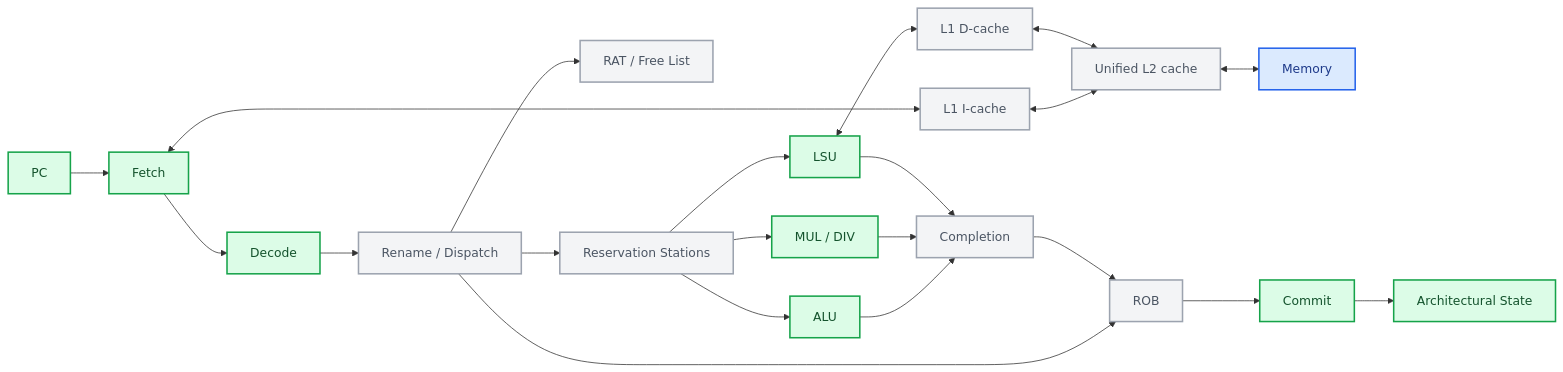
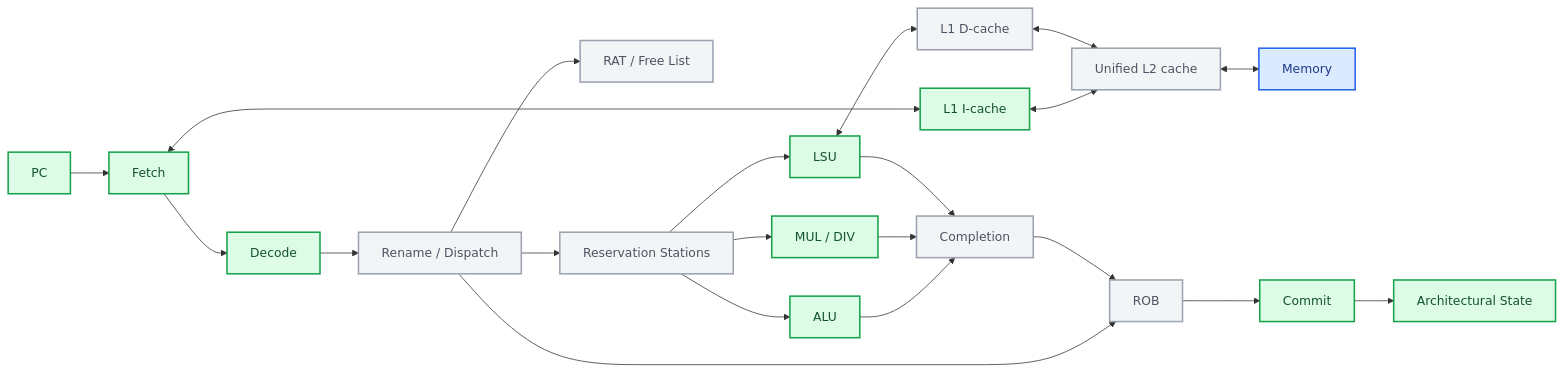
One commit to JustinYYZ/rv32im-research-core changed the first of 2 diagrams in README.md. Above: the diagram before and after it, drawn with Mermaid. The commit also changed other lines of this file and 8 other files, not shown here.

````diff
--- a/README.md
+++ b/README.md
@@ -45,29 +45,29 @@
 ```mermaid
 flowchart LR
     PC --> FETCH[Fetch]
     FETCH <--> L1I["L1 I-cache"]
     L1I <--> L2["Unified L2 cache"]
     L2 <--> MEM[Memory]
     FETCH --> DECODE[Decode]
     DECODE --> RENAME["Rename / Dispatch"]
     RENAME --> RAT["RAT / Free List"]
     RENAME --> ROB[ROB]
     RENAME --> RS["Reservation Stations"]
     RS --> ALU[ALU]
     RS --> MULDIV["MUL / DIV"]
     RS --> LSU[LSU]
     LSU <--> L1D["L1 D-cache"]
     L1D <--> L2
     ALU --> COMPLETE[Completion]
     MULDIV --> COMPLETE
     LSU --> COMPLETE
     COMPLETE --> ROB
     ROB --> COMMIT[Commit]
     COMMIT --> ARF["Architectural State"]
     classDef implemented fill:#dcfce7,stroke:#16a34a,color:#14532d,stroke-width:2px
     classDef planned fill:#f3f4f6,stroke:#9ca3af,color:#4b5563,stroke-width:2px
     classDef external fill:#dbeafe,stroke:#2563eb,color:#1e3a8a,stroke-width:2px
-    class PC,FETCH,DECODE,ALU,MULDIV,LSU,COMMIT,ARF implemented
-    class L1I,L1D,L2,RENAME,RAT,ROB,RS,COMPLETE planned
+    class PC,FETCH,L1I,DECODE,ALU,MULDIV,LSU,COMMIT,ARF implemented
+    class L1D,L2,RENAME,RAT,ROB,RS,COMPLETE planned
     class MEM external
 ```
````
